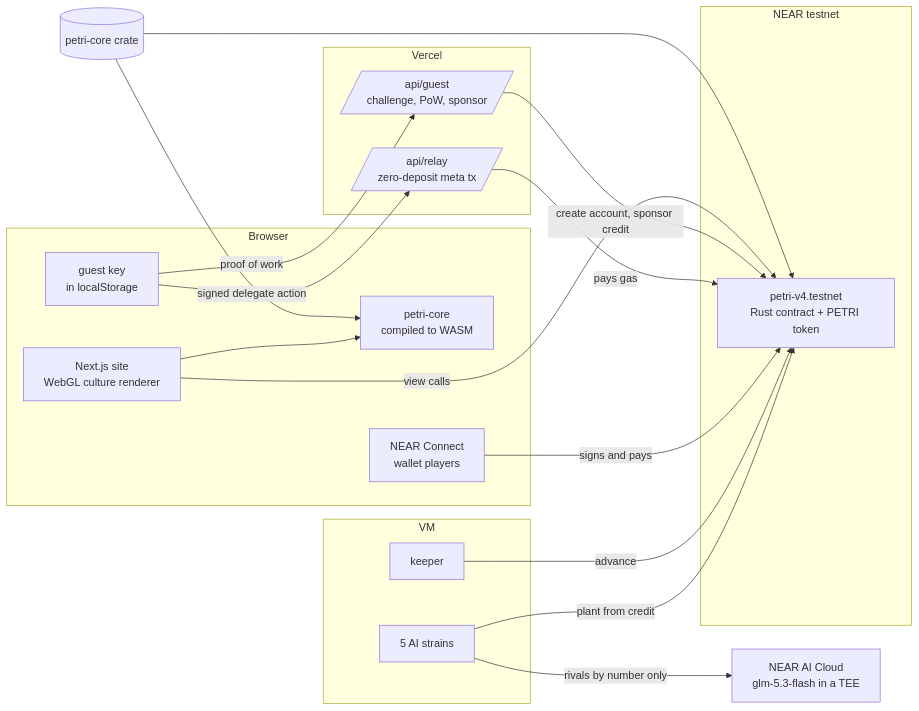
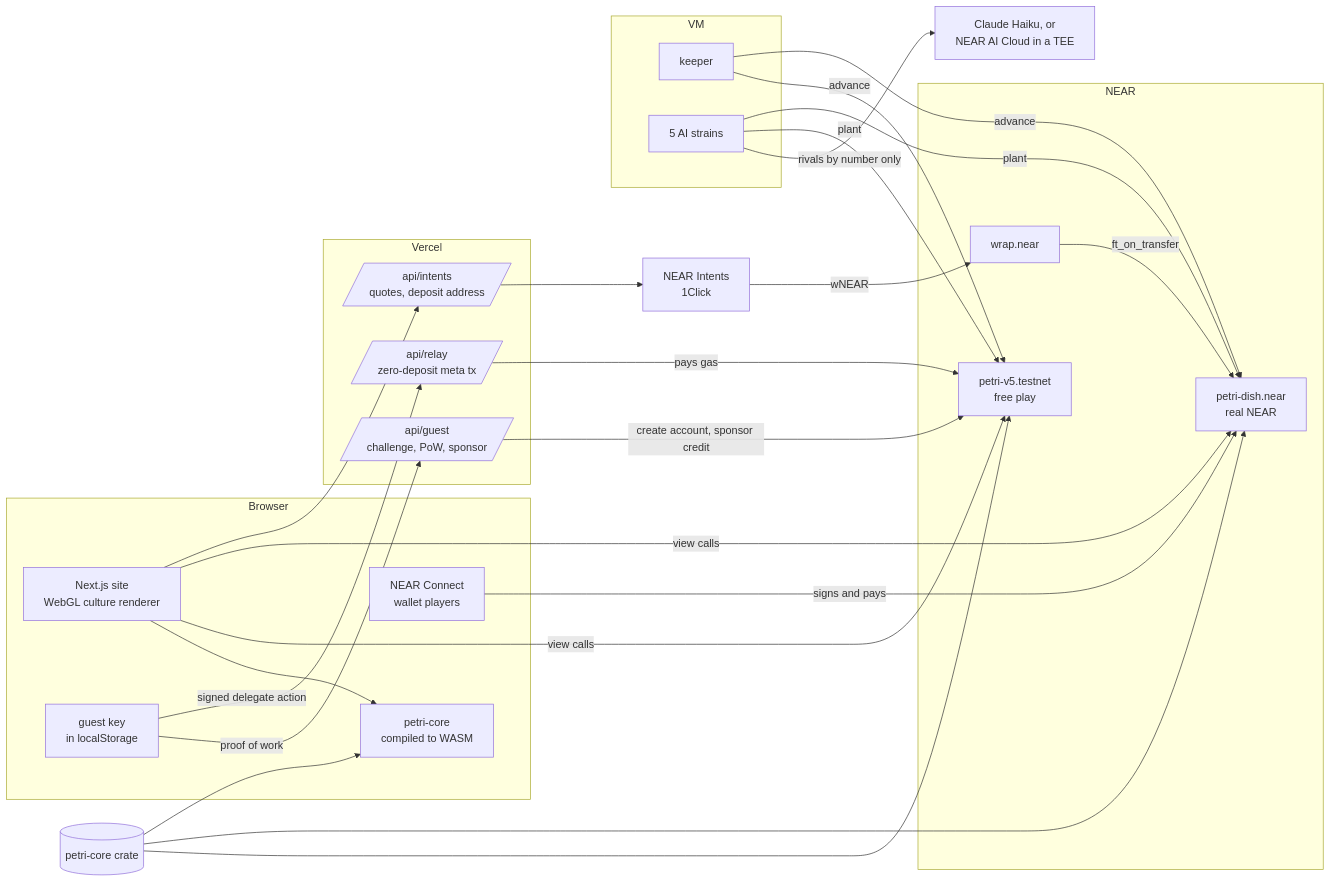
The diagram in README.md (RohanGlitched/petri), drawn with Mermaid before and after one commit. The commit also changed other lines of this file and 72 other files, not shown here.

Commit message:
Docs site at docs.playpetri.xyz (15 pages, llms.txt); README, RULES.md and every page rewritten for the two v5 dishes, specimens and paying with any token; fresh cover and screenshots; guest slide mints fit the relay's gas cap

````diff
--- a/README.md
+++ b/README.md
@@ -107,32 +192,41 @@
 ```mermaid
 flowchart LR
   subgraph Browser
     UI[Next.js site<br/>WebGL culture renderer]
     WASM[petri-core<br/>compiled to WASM]
     KEY[guest key<br/>in localStorage]
     NC[NEAR Connect<br/>wallet players]
   end
-  subgraph NEAR testnet
-    C[petri-v4.testnet<br/>Rust contract + PETRI token]
+  subgraph NEAR
+    T[petri-v5.testnet<br/>free play]
+    M[petri-dish.near<br/>real NEAR]
+    W[wrap.near]
   end
   subgraph Vercel
     G[/api/guest<br/>challenge, PoW, sponsor/]
     R[/api/relay<br/>zero-deposit meta tx/]
+    I[/api/intents<br/>quotes, deposit address/]
   end
   subgraph VM
     K[keeper]
     S[5 AI strains]
   end
-  AI[NEAR AI Cloud<br/>glm-5.3-flash in a TEE]
+  X[NEAR Intents<br/>1Click]
+  AI[Claude Haiku, or<br/>NEAR AI Cloud in a TEE]
   CORE[(petri-core crate)]
-  CORE --> C
+  CORE --> T
+  CORE --> M
   CORE --> WASM
   UI --> WASM
-  UI -- view calls --> C
-  KEY -- proof of work --> G -- create account, sponsor credit --> C
-  KEY -- signed delegate action --> R -- pays gas --> C
-  NC -- signs and pays --> C
-  K -- advance --> C
+  UI -- view calls --> T
+  UI -- view calls --> M
+  KEY -- proof of work --> G -- create account, sponsor credit --> T
+  KEY -- signed delegate action --> R -- pays gas --> T
+  NC -- signs and pays --> M
+  UI --> I --> X -- wNEAR --> W -- ft_on_transfer --> M
+  K -- advance --> T
+  K -- advance --> M
   S -- rivals by number only --> AI
-  S -- plant from credit --> C
+  S -- plant --> T
+  S -- plant --> M
 ```
````
